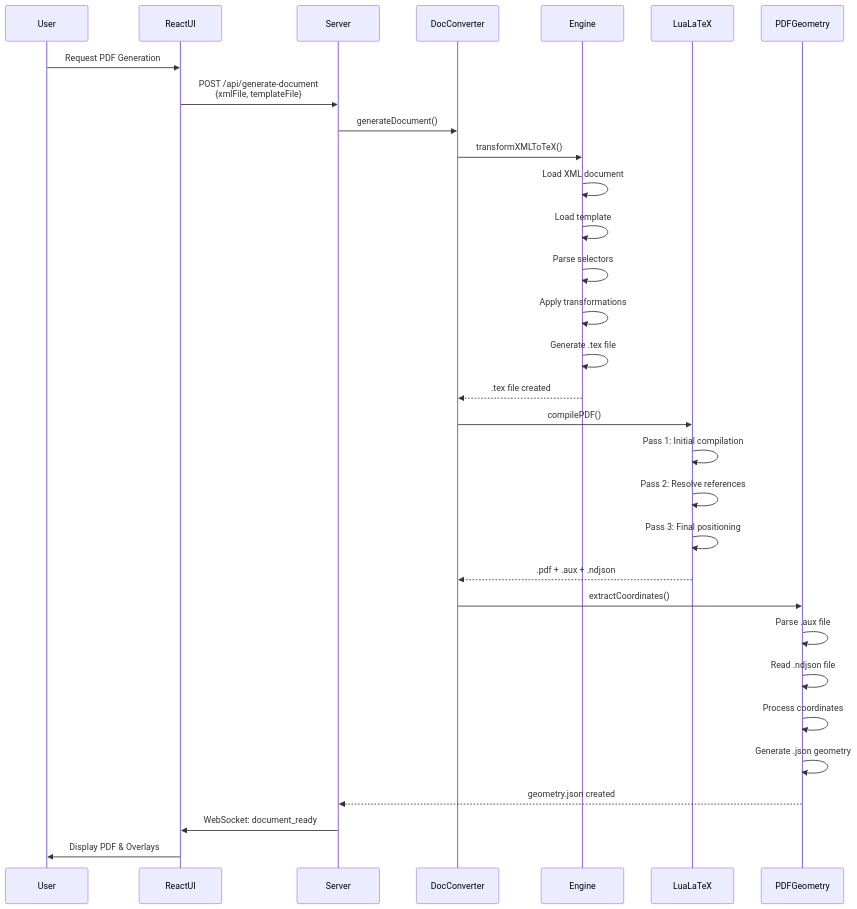
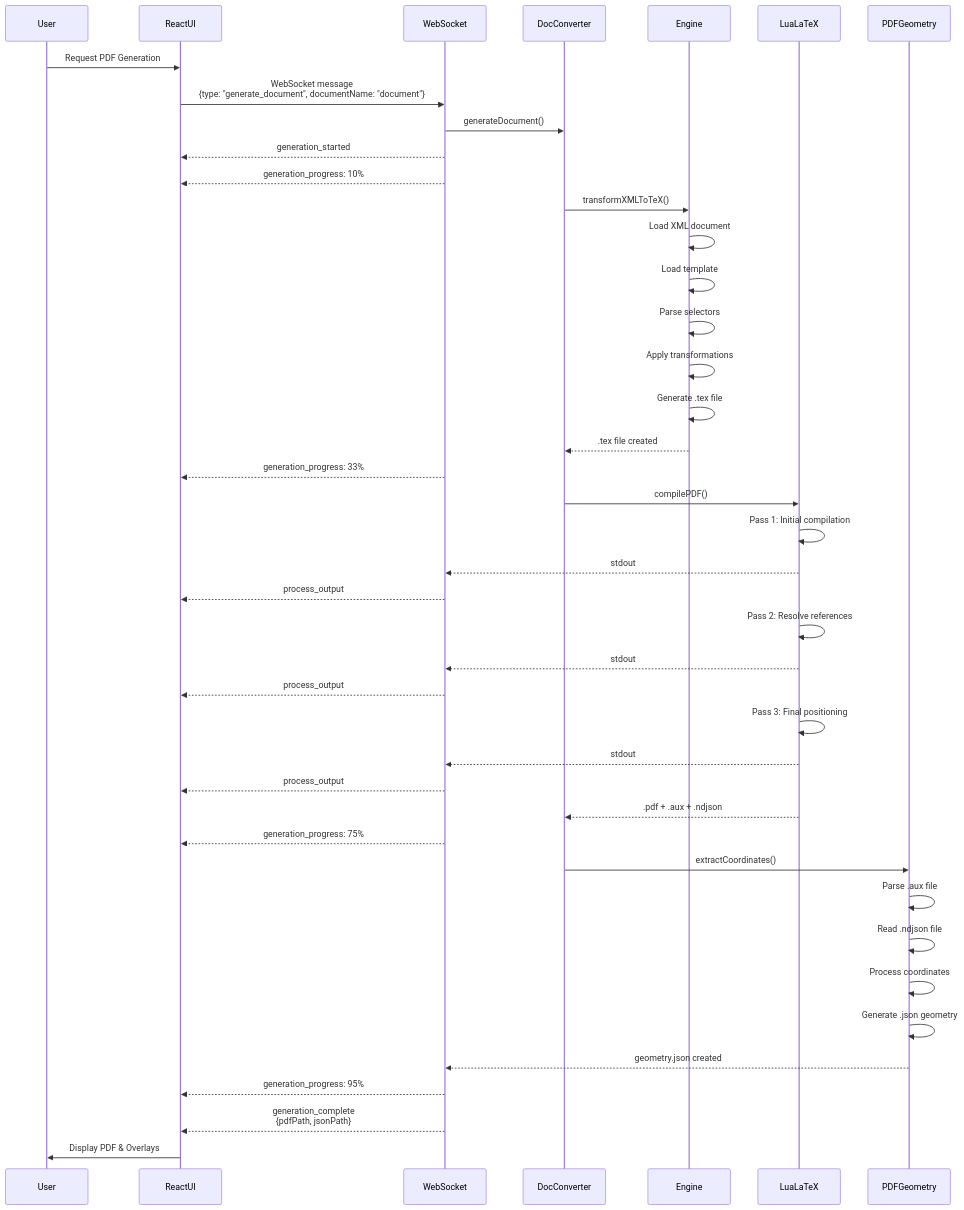
The second of 12 diagrams in dev-docs/ARCHITECTURE.md (AmChella/prototype-pdf-object-overlay), drawn with Mermaid before and after one commit. The commit also changed other lines of this file and 9 other files, not shown here.

````diff
--- a/dev-docs/ARCHITECTURE.md
+++ b/dev-docs/ARCHITECTURE.md
@@ -140,40 +138,57 @@
 ```mermaid
 sequenceDiagram
     participant User
     participant ReactUI
-    participant Server
+    participant WS as WebSocket
     participant DocConverter
     participant Engine
     participant LuaLaTeX
     participant PDFGeometry
     
     User->>ReactUI: Request PDF Generation
-    ReactUI->>Server: POST /api/generate-document<br/>{xmlFile, templateFile}
-    Server->>DocConverter: generateDocument()
+    ReactUI->>WS: WebSocket message<br/>{type: "generate_document", documentName: "document"}
+    WS->>DocConverter: generateDocument()
+    
+    WS-->>ReactUI: generation_started
+    WS-->>ReactUI: generation_progress: 10%
+    
     DocConverter->>Engine: transformXMLToTeX()
     
     Engine->>Engine: Load XML document
     Engine->>Engine: Load template
     Engine->>Engine: Parse selectors
     Engine->>Engine: Apply transformations
     Engine->>Engine: Generate .tex file
     
     Engine-->>DocConverter: .tex file created
+    WS-->>ReactUI: generation_progress: 33%
+    
     DocConverter->>LuaLaTeX: compilePDF()
     
     LuaLaTeX->>LuaLaTeX: Pass 1: Initial compilation
+    LuaLaTeX-->>WS: stdout
+    WS-->>ReactUI: process_output
+    
     LuaLaTeX->>LuaLaTeX: Pass 2: Resolve references
+    LuaLaTeX-->>WS: stdout
+    WS-->>ReactUI: process_output
+    
     LuaLaTeX->>LuaLaTeX: Pass 3: Final positioning
+    LuaLaTeX-->>WS: stdout
+    WS-->>ReactUI: process_output
     
     LuaLaTeX-->>DocConverter: .pdf + .aux + .ndjson
+    WS-->>ReactUI: generation_progress: 75%
+    
     DocConverter->>PDFGeometry: extractCoordinates()
     
     PDFGeometry->>PDFGeometry: Parse .aux file
     PDFGeometry->>PDFGeometry: Read .ndjson file
     PDFGeometry->>PDFGeometry: Process coordinates
     PDFGeometry->>PDFGeometry: Generate .json geometry
     
-    PDFGeometry-->>Server: geometry.json created
-    Server->>ReactUI: WebSocket: document_ready
+    PDFGeometry-->>WS: geometry.json created
+    WS-->>ReactUI: generation_progress: 95%
+    WS-->>ReactUI: generation_complete<br/>{pdfPath, jsonPath}
     ReactUI->>User: Display PDF & Overlays
 ```
````
